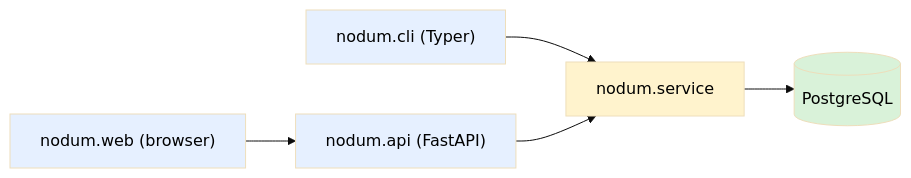
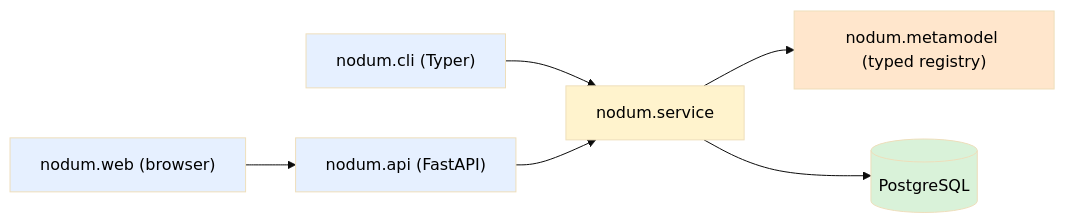
Before and after one commit to vcoeur/nodum: the diagram in AGENTS.md, drawn with Mermaid (base theme). The commit also changed other lines of this file and 19 other files, not shown here.

First line of the commit message:
Typed-graph POC: NodeKind/EdgeKind metamodel + full-CRUD CLI/API/web

````diff
--- a/AGENTS.md
+++ b/AGENTS.md
@@ -22,12 +45,14 @@
 ```mermaid
 flowchart LR
     cli["nodum.cli (Typer)"] --> svc["nodum.service"]
     api["nodum.api (FastAPI)"] --> svc
     web["nodum.web (browser)"] --> api
+    svc --> mm["nodum.metamodel (typed registry)"]
     svc --> pg[("PostgreSQL")]
     style cli fill:#e6f0ff,color:#000
     style api fill:#e6f0ff,color:#000
     style web fill:#e6f0ff,color:#000
     style svc fill:#fff3cd,color:#000
+    style mm fill:#ffe6cc,color:#000
     style pg fill:#d9f2d9,color:#000
 ```
````
